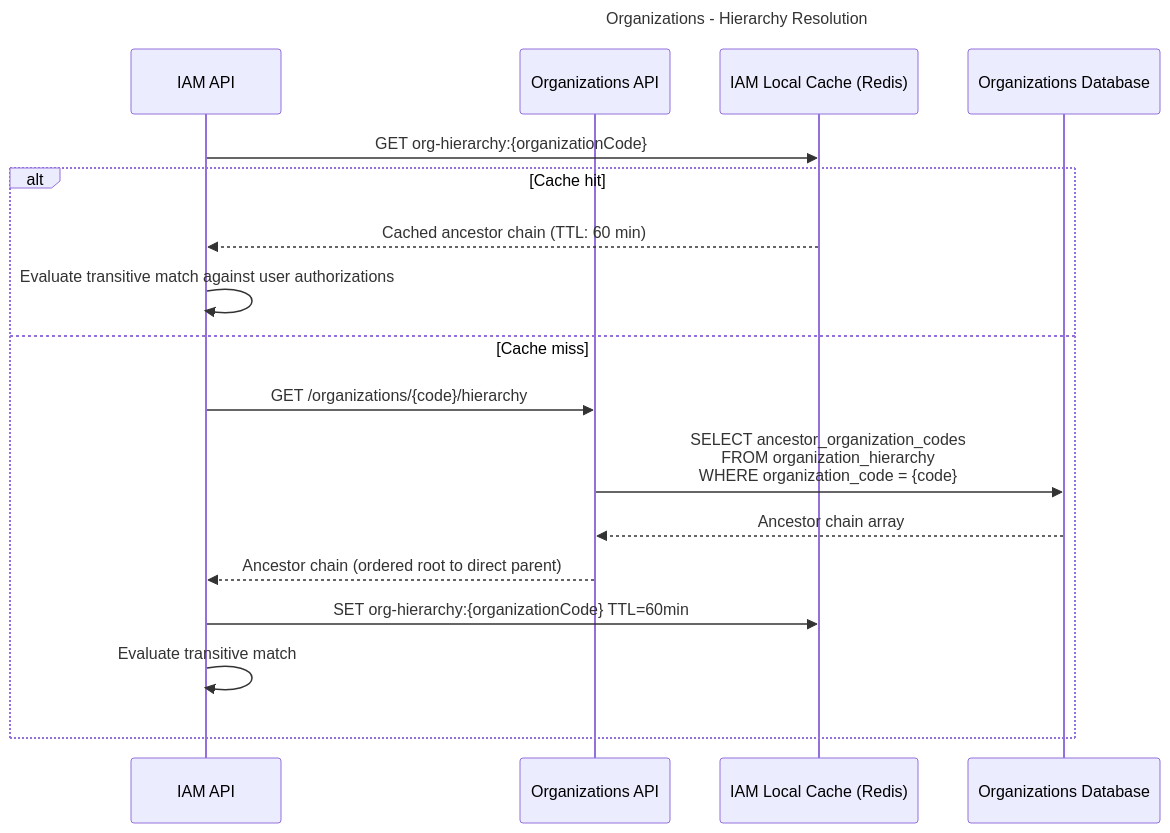
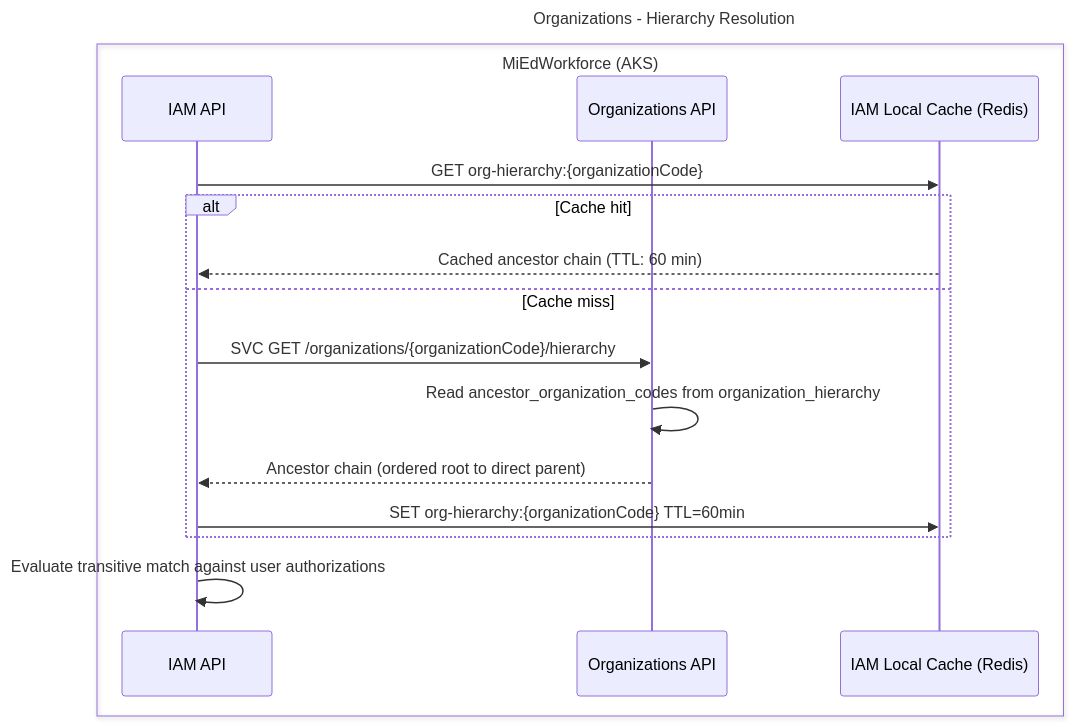
One commit to mnichols-dl/mied-design changed the fourth of 6 diagrams in working-docs/solution-areas/organizations/organizations-sequences.md. Above: the diagram before and after it, drawn with Mermaid. The commit also changed other lines of this file and 34 other files, not shown here.

Commit message:
Update sequences and perform RTM assessment

````diff
--- a/working-docs/solution-areas/organizations/organizations-sequences.md
+++ b/working-docs/solution-areas/organizations/organizations-sequences.md
@@ -195,24 +207,24 @@
 ```mermaid
 ---
 title: Organizations - Hierarchy Resolution
 ---
 sequenceDiagram
-    participant IAM as IAM API
-    participant OrgAPI as Organizations API
+    box MiEdWorkforce (AKS)
+    participant IamApi as IAM API
+    participant OrgApi as Organizations API
     participant Cache as IAM Local Cache (Redis)
-    participant OrgDB as Organizations Database
+    end
 
-    IAM->>Cache: GET org-hierarchy:{organizationCode}
+    IamApi->>Cache: GET org-hierarchy:{organizationCode}
 
     alt Cache hit
-        Cache-->>IAM: Cached ancestor chain (TTL: 60 min)
-        IAM->>IAM: Evaluate transitive match against user authorizations
+        Cache-->>IamApi: Cached ancestor chain (TTL: 60 min)
     else Cache miss
-        IAM->>OrgAPI: GET /organizations/{code}/hierarchy
-        OrgAPI->>OrgDB: SELECT ancestor_organization_codes<br/>FROM organization_hierarchy<br/>WHERE organization_code = {code}
-        OrgDB-->>OrgAPI: Ancestor chain array
-        OrgAPI-->>IAM: Ancestor chain (ordered root to direct parent)
-        IAM->>Cache: SET org-hierarchy:{organizationCode} TTL=60min
-        IAM->>IAM: Evaluate transitive match
+        IamApi->>OrgApi: SVC GET /organizations/{organizationCode}/hierarchy
+        OrgApi->>OrgApi: Read ancestor_organization_codes from organization_hierarchy
+        OrgApi-->>IamApi: Ancestor chain (ordered root to direct parent)
+        IamApi->>Cache: SET org-hierarchy:{organizationCode} TTL=60min
     end
+
+    IamApi->>IamApi: Evaluate transitive match against user authorizations
 ```
````
